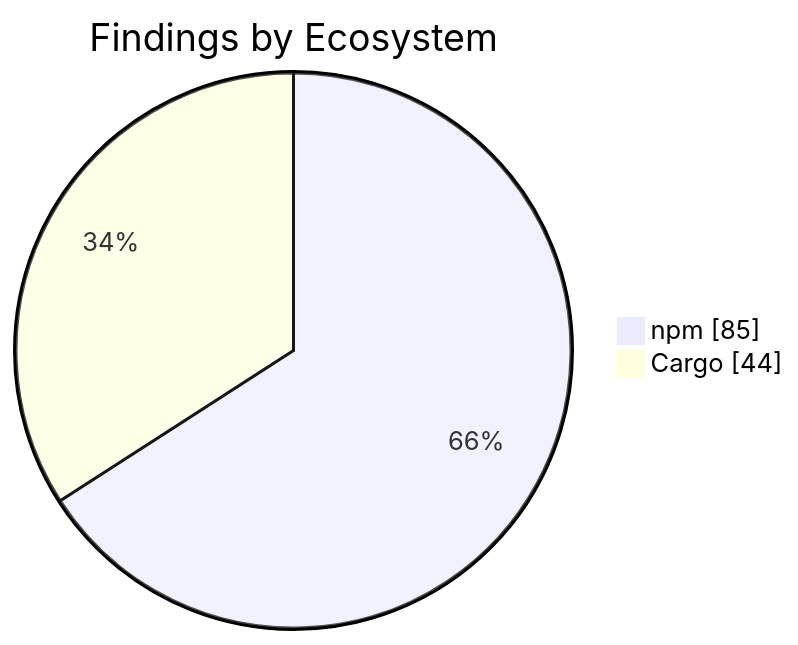
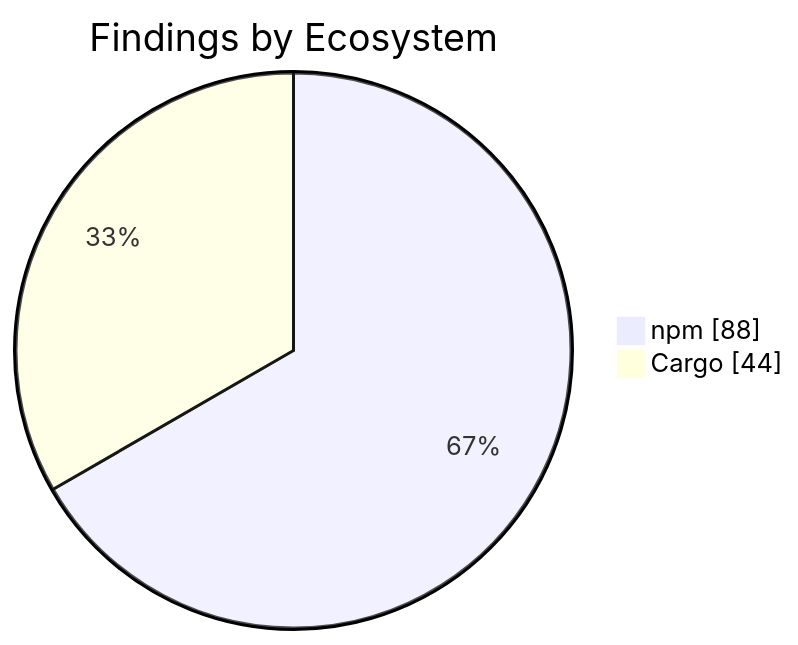
The second of 2 diagrams in apps/kbve/astro-kbve/src/content/docs/dashboard/security.mdx (KBVE/kbve), drawn with Mermaid before and after one commit. The commit also changed other lines of this file and 8 other files, not shown here.

````diff
--- a/apps/kbve/astro-kbve/src/content/docs/dashboard/security.mdx
+++ b/apps/kbve/astro-kbve/src/content/docs/dashboard/security.mdx
@@ -73,6 +73,6 @@
 ```mermaid
 pie showData
     title Findings by Ecosystem
-    "npm" : 85
+    "npm" : 88
     "Cargo" : 44
 ```
````
